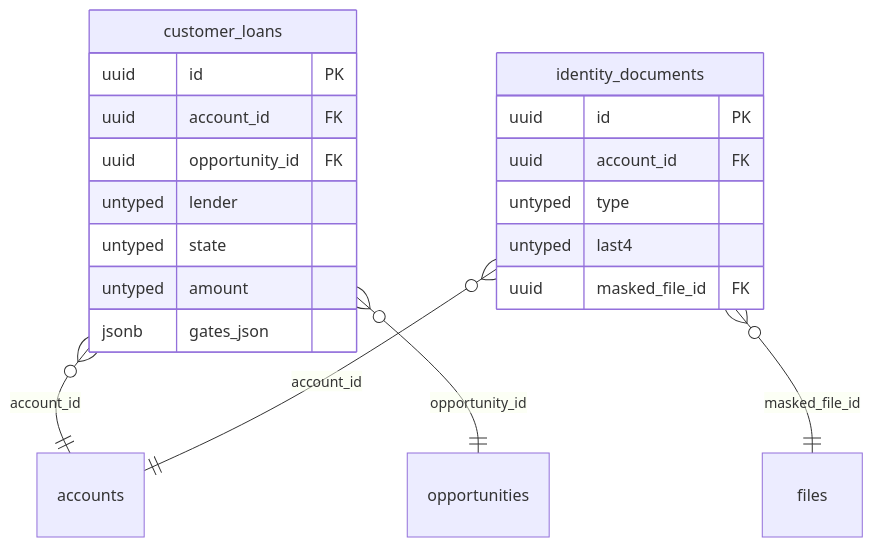
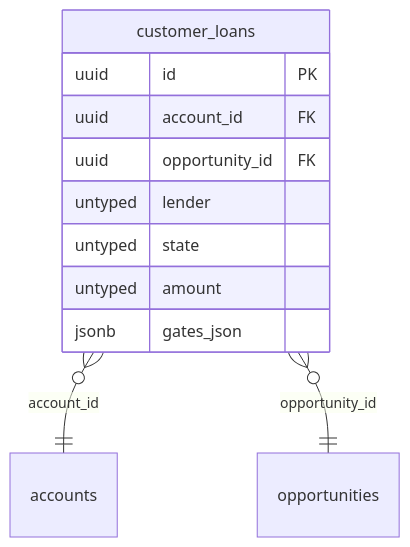
Before and after one commit to techaust/shakti_prime: diagram 12 of 17 in docs/data/erd.md, drawn with Mermaid. The commit also changed other lines of this file and 5 other files, not shown here.

First line of the commit message:
feat(documents): J3 customer documents, requirements and identity masking

````diff
--- a/docs/data/erd.md
+++ b/docs/data/erd.md
@@ -1772,23 +1831,14 @@
 ```mermaid
 erDiagram
   customer_loans {
     uuid id PK
     uuid account_id FK
     uuid opportunity_id FK
     untyped lender
     untyped state
     untyped amount
     jsonb gates_json
   }
-  identity_documents {
-    uuid id PK
-    uuid account_id FK
-    untyped type
-    untyped last4
-    uuid masked_file_id FK
-  }
   customer_loans }o--|| accounts : "account_id"
   customer_loans }o--|| opportunities : "opportunity_id"
-  identity_documents }o--|| accounts : "account_id"
-  identity_documents }o--|| files : "masked_file_id"
 ```
````
